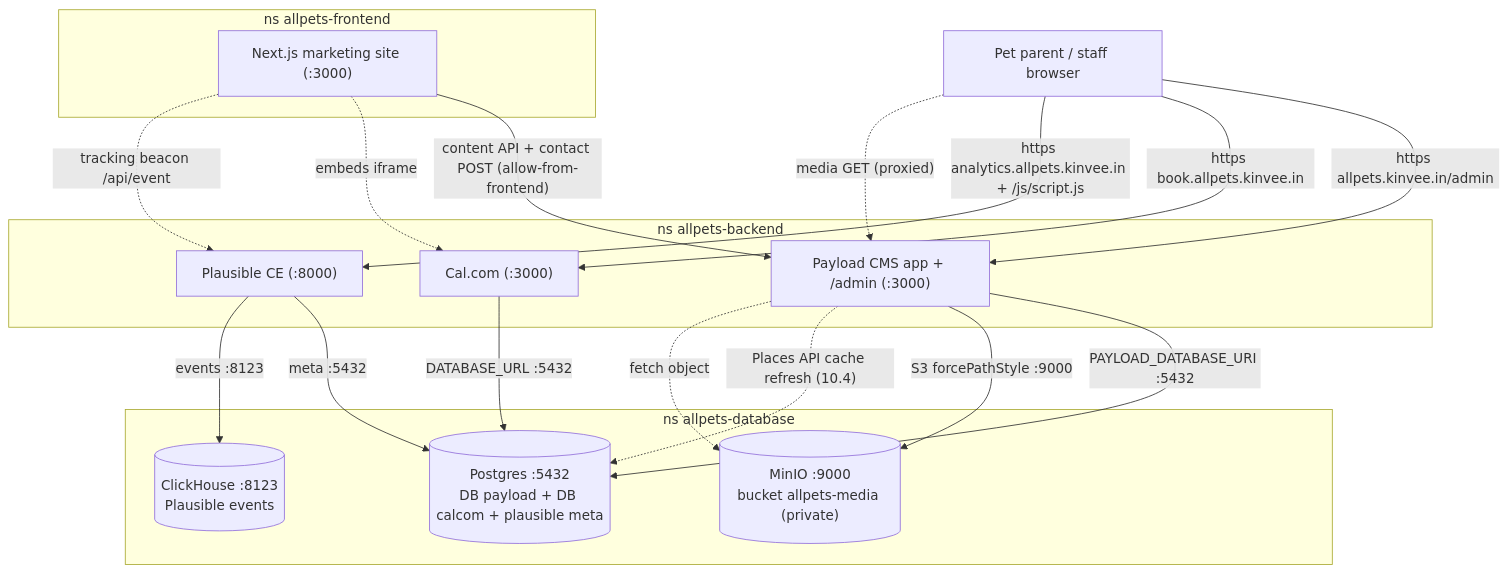
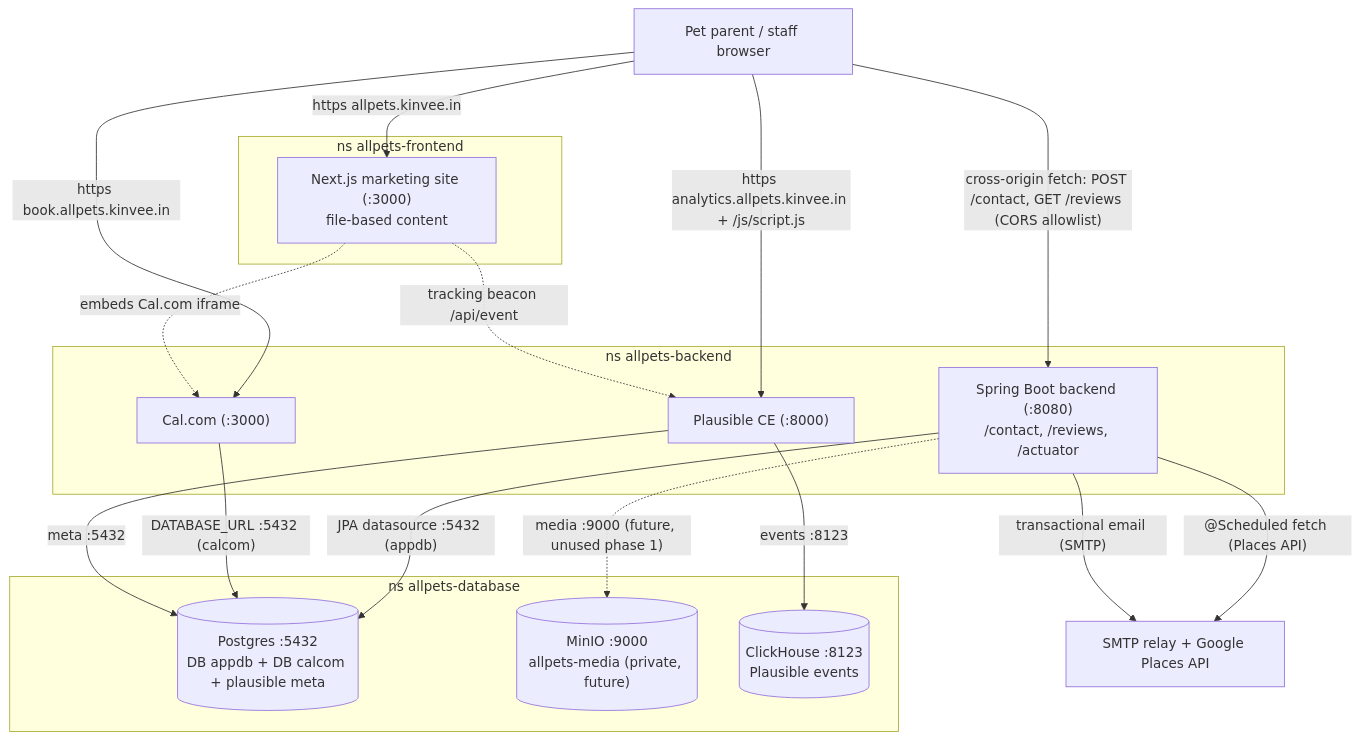
One commit to gimballock-1/allpets-backend changed the diagram in planning/lld-backend.md. Above: the diagram before and after it, drawn with Mermaid. The commit also changed other lines of this file and 1 other file, not shown here.

First line of the commit message:
Revise HLD + Backend LLD for the Spring-backend pivot (#181)

````diff
--- a/planning/lld-backend.md
+++ b/planning/lld-backend.md
@@ -34,34 +36,35 @@
 ```mermaid
 flowchart TB
+    visitor["Pet parent / staff browser"]
+
     subgraph fe["ns allpets-frontend"]
-        site["Next.js marketing site (:3000)"]
+        site["Next.js marketing site (:3000)<br/>file-based content"]
     end
     subgraph be["ns allpets-backend"]
-        payload["Payload CMS app + /admin (:3000)"]
+        api["Spring Boot backend (:8080)<br/>/contact, /reviews, /actuator"]
         calcom["Cal.com (:3000)"]
         plausible["Plausible CE (:8000)"]
     end
     subgraph db["ns allpets-database"]
-        pg[("Postgres :5432<br/>DB payload + DB calcom + plausible meta")]
-        minio[("MinIO :9000<br/>bucket allpets-media (private)")]
+        pg[("Postgres :5432<br/>DB appdb + DB calcom + plausible meta")]
+        minio[("MinIO :9000<br/>allpets-media (private, future)")]
         ch[("ClickHouse :8123<br/>Plausible events")]
     end
+    external["SMTP relay + Google Places API"]
 
-    visitor["Pet parent / staff browser"] -->|"https allpets.kinvee.in/admin"| payload
+    visitor -->|"https allpets.kinvee.in"| site
+    visitor -->|"cross-origin fetch: POST /contact, GET /reviews (CORS allowlist)"| api
     visitor -->|"https book.allpets.kinvee.in"| calcom
     visitor -->|"https analytics.allpets.kinvee.in + /js/script.js"| plausible
 
-    site -->|"content API + contact POST (allow-from-frontend)"| payload
-    site -. "embeds iframe" .-> calcom
+    site -. "embeds Cal.com iframe" .-> calcom
     site -. "tracking beacon /api/event" .-> plausible
 
-    payload -->|"PAYLOAD_DATABASE_URI :5432"| pg
-    payload -->|"S3 forcePathStyle :9000"| minio
-    payload -. "Places API cache refresh (10.4)" .-> pg
-    calcom -->|"DATABASE_URL :5432"| pg
+    api -->|"JPA datasource :5432 (appdb)"| pg
+    api -. "media :9000 (future, unused phase 1)" .-> minio
+    api -->|"@Scheduled fetch (Places API)"| external
+    api -->|"transactional email (SMTP)"| external
+    calcom -->|"DATABASE_URL :5432 (calcom)"| pg
     plausible -->|"meta :5432"| pg
     plausible -->|"events :8123"| ch
-
-    visitor -. "media GET (proxied)" .-> payload
-    payload -. "fetch object" .-> minio
 ```
````
